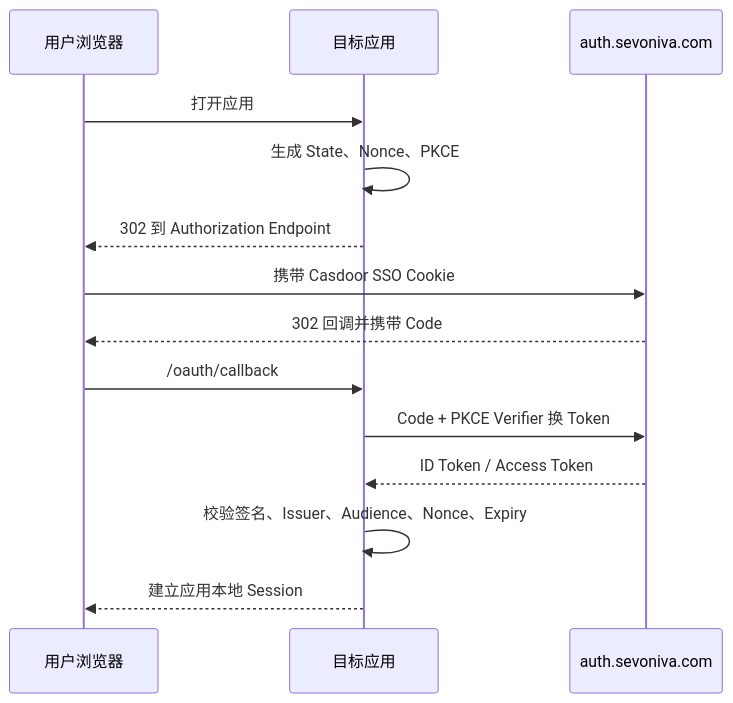
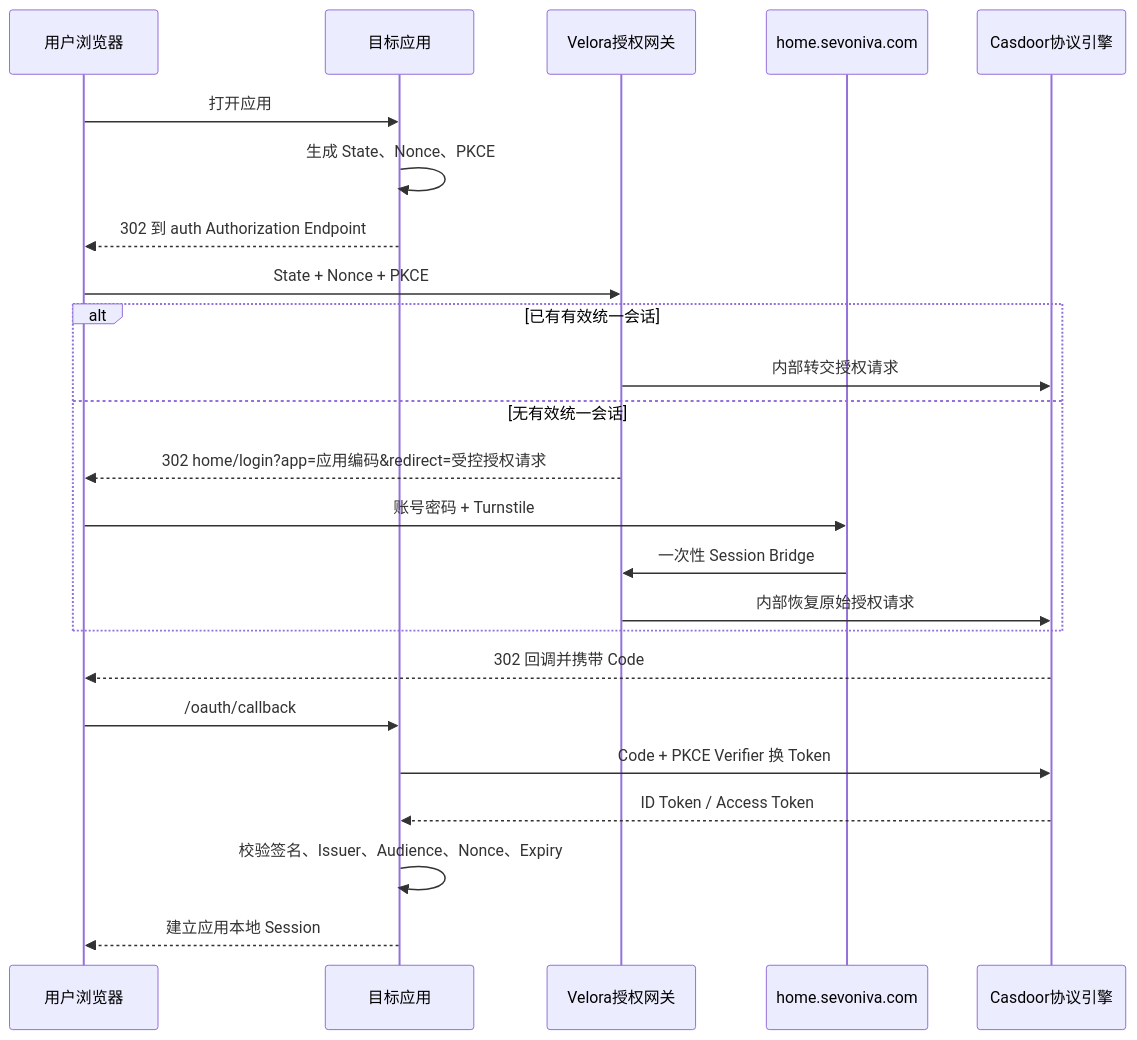
One commit to sevoniva-labs/velora changed the diagram in docs/application-oidc-integration-guide.md. Above: the diagram before and after it, drawn with Mermaid. The commit also changed other lines of this file and 9 other files, not shown here.

Commit message:
feat(auth): route downstream login through portal gateway

````diff
--- a/docs/application-oidc-integration-guide.md
+++ b/docs/application-oidc-integration-guide.md
@@ -108,16 +108,26 @@
 ```mermaid
 sequenceDiagram
     participant U as 用户浏览器
     participant A as 目标应用
-    participant I as auth.sevoniva.com
+    participant G as Velora授权网关
+    participant H as home.sevoniva.com
+    participant I as Casdoor协议引擎
     U->>A: 打开应用
     A->>A: 生成 State、Nonce、PKCE
-    A-->>U: 302 到 Authorization Endpoint
-    U->>I: 携带 Casdoor SSO Cookie
+    A-->>U: 302 到 auth Authorization Endpoint
+    U->>G: State + Nonce + PKCE
+    alt 已有有效统一会话
+        G->>I: 内部转交授权请求
+    else 无有效统一会话
+        G-->>U: 302 home/login?app=应用编码&redirect=受控授权请求
+        U->>H: 账号密码 + Turnstile
+        H->>G: 一次性 Session Bridge
+        G->>I: 内部恢复原始授权请求
+    end
     I-->>U: 302 回调并携带 Code
     U->>A: /oauth/callback
     A->>I: Code + PKCE Verifier 换 Token
     I-->>A: ID Token / Access Token
     A->>A: 校验签名、Issuer、Audience、Nonce、Expiry
     A-->>U: 建立应用本地 Session
 ```
````
